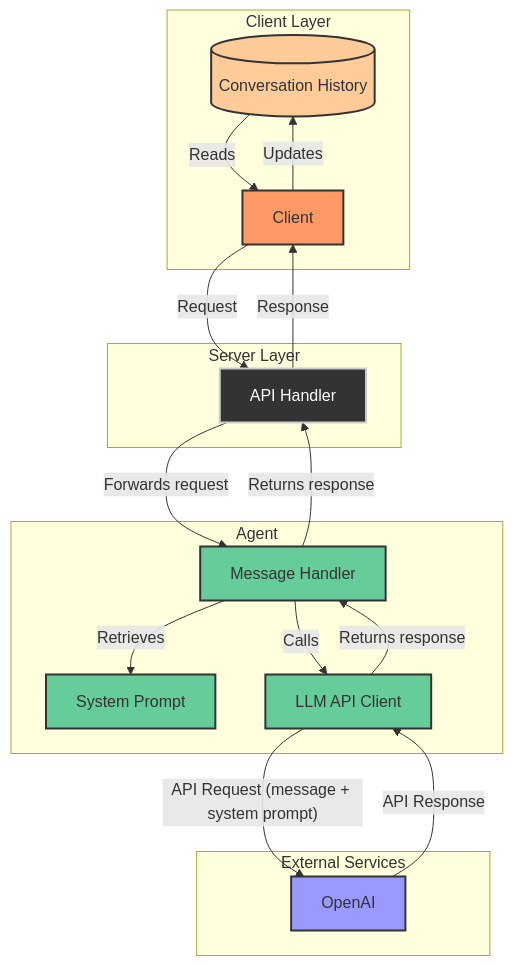
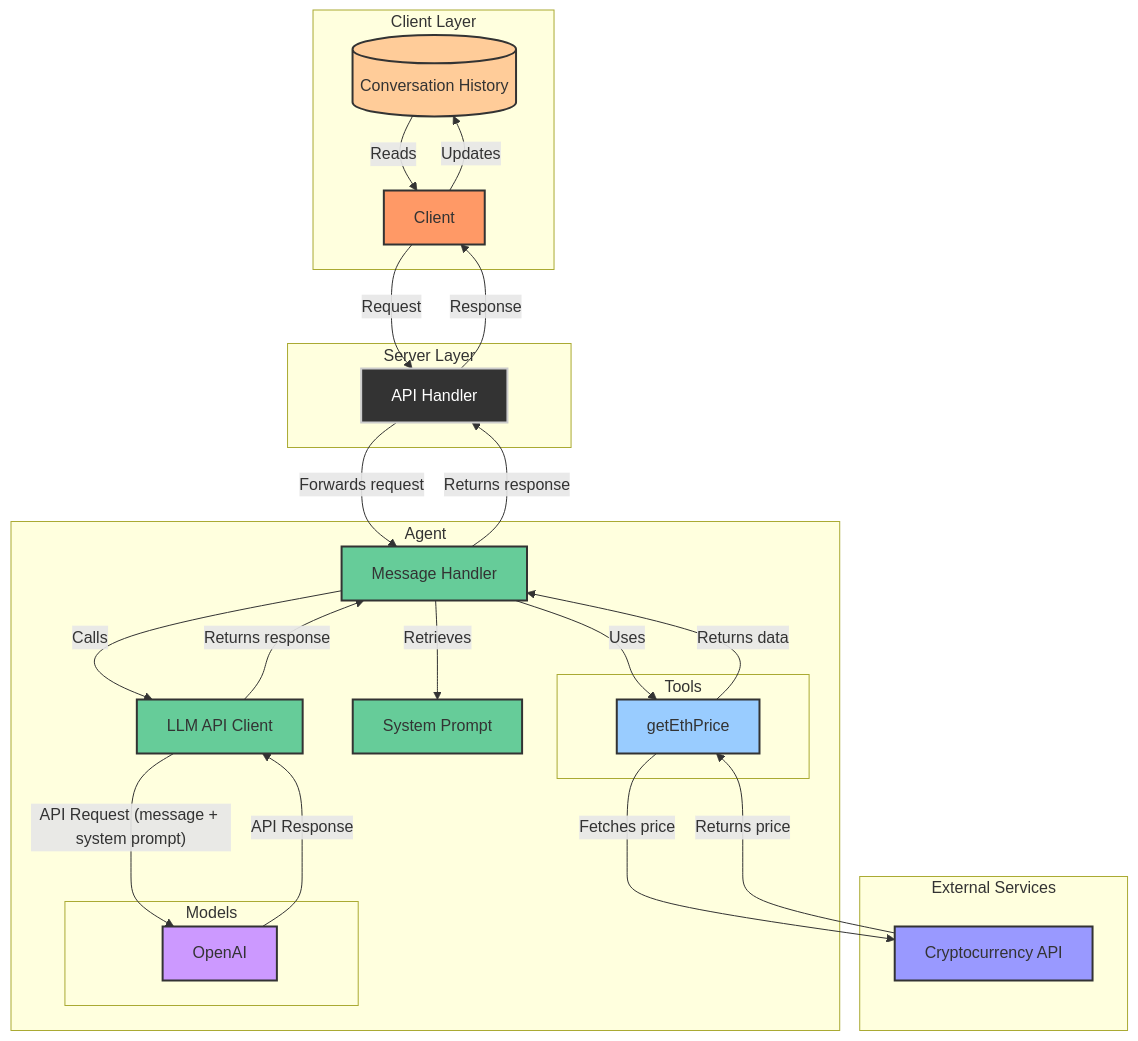
Before and after one commit to motechFR/ai-agents-demo: the diagram in server/lib/levels/flowcharts/level04.md, drawn with Mermaid. The commit also changed 2 other files, not shown here.

Commit message:
Cleanup levels 1 & 2

````diff
--- a/server/lib/levels/flowcharts/level04.md
+++ b/server/lib/levels/flowcharts/level04.md
@@ -1,46 +1,62 @@
 ```mermaid
 graph TD
     subgraph Client Layer
         ConversationHistory[("Conversation History")]
         Client
         Client -- "Updates" --> ConversationHistory
         ConversationHistory -- "Reads" --> Client
     end
 
     subgraph Server Layer
         APIHandler["API Handler"]
     end
     
     subgraph Agent
         MessageHandler["Message Handler"]
         SystemPrompt["System Prompt"]
         LLMClient["LLM API Client"]
         
+        subgraph Tools
+            GetEthPrice["getEthPrice"]
+        end
+        
+        subgraph Models
+            OpenAI["OpenAI"]
+        end
+        
         MessageHandler -- "Retrieves" --> SystemPrompt
         MessageHandler -- "Calls" --> LLMClient
+        MessageHandler -- "Uses" --> GetEthPrice
+        GetEthPrice -- "Returns data" --> MessageHandler
+        LLMClient -- "API Request (message + system prompt)" --> OpenAI
+        OpenAI -- "API Response" --> LLMClient
         LLMClient -- "Returns response" --> MessageHandler
     end
 
     Client -- "Request" --> APIHandler
     APIHandler -- "Forwards request" --> MessageHandler
-    LLMClient -- "API Request (message + system prompt)" --> OpenAI
-    OpenAI -- "API Response" --> LLMClient
     MessageHandler -- "Returns response" --> APIHandler
     APIHandler -- "Response" --> Client
 
     subgraph External Services
-        OpenAI
+        CoinAPI["Cryptocurrency API"]
+        GetEthPrice -- "Fetches price" --> CoinAPI
+        CoinAPI -- "Returns price" --> GetEthPrice
     end
 
     classDef clientStyle fill:#f96,stroke:#333,stroke-width:2px;
     classDef serverStyle fill:#333,stroke:#ccc,stroke-width:2px,color:#fff;
     classDef externalStyle fill:#99f,stroke:#333,stroke-width:2px;
     classDef historyStyle fill:#fc9,stroke:#333,stroke-width:2px;
     classDef agentStyle fill:#6c9,stroke:#333,stroke-width:2px;
+    classDef toolStyle fill:#9cf,stroke:#333,stroke-width:2px;
+    classDef modelStyle fill:#c9f,stroke:#333,stroke-width:2px;
 
     class Client clientStyle;
     class APIHandler serverStyle;
     class MessageHandler,SystemPrompt,LLMClient agentStyle;
-    class OpenAI externalStyle;
+    class GetEthPrice toolStyle;
+    class OpenAI modelStyle;
+    class CoinAPI externalStyle;
     class ConversationHistory historyStyle;
 ```
````
